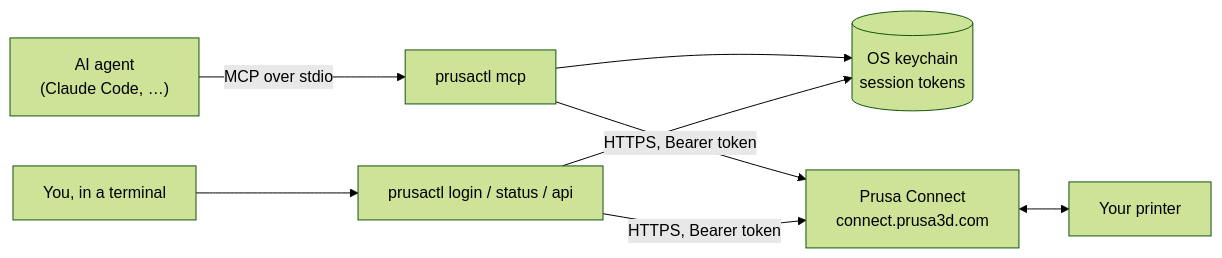
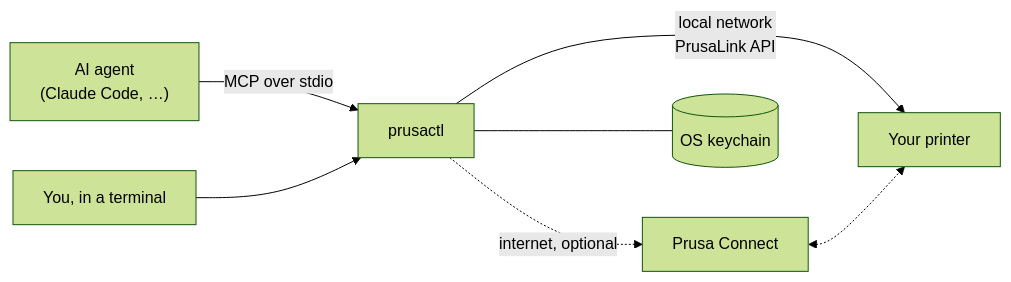
The diagram in README.md (trevin-lee/prusactl), drawn with Mermaid (forest theme) before and after one commit. The commit also changed other lines of this file and 24 other files, not shown here.

````diff
--- a/README.md
+++ b/README.md
@@ -66,10 +65,9 @@
 ```mermaid
 flowchart LR
-    agent["AI agent<br/>(Claude Code, …)"] -- "MCP over stdio" --> mcp["prusactl mcp"]
-    you["You, in a terminal"] --> cli["prusactl login / status / api"]
-    mcp --> keychain[("OS keychain<br/>session tokens")]
-    cli --> keychain
-    mcp -- "HTTPS, Bearer token" --> connect["Prusa Connect<br/>connect.prusa3d.com"]
-    cli -- "HTTPS, Bearer token" --> connect
-    connect <--> printer["Your printer"]
+    agent["AI agent<br/>(Claude Code, …)"] -- "MCP over stdio" --> px["prusactl"]
+    you["You, in a terminal"] --> px
+    px -- "local network<br/>PrusaLink API" --> printer["Your printer"]
+    px -. "internet, optional" .-> connect["Prusa Connect"]
+    connect <-.-> printer
+    px --- keychain[("OS keychain")]
 ```
````
